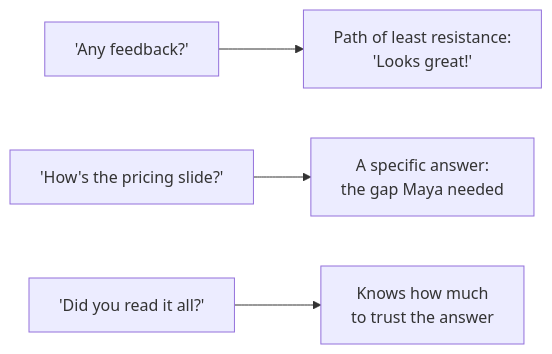
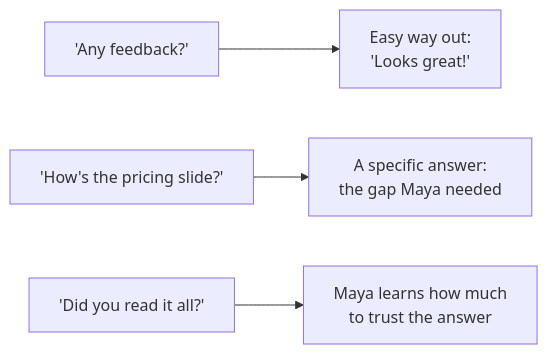
Before and after one commit to francoandreDev/knowledge: the diagram in src/content/career-craft/asking-feedback/L1-summary.mdx, drawn with Mermaid. The commit also changed other lines of this file and 3 other files, not shown here.

````diff
--- a/src/content/career-craft/asking-feedback/L1-summary.mdx
+++ b/src/content/career-craft/asking-feedback/L1-summary.mdx
@@ -81,6 +83,6 @@
 ```mermaid
 flowchart LR
-    Vague["'Any feedback?'"] --> Polite["Path of least resistance:\n'Looks great!'"]
+    Vague["'Any feedback?'"] --> Polite["Easy way out:\n'Looks great!'"]
     Narrow["'How's the pricing slide?'"] --> Real["A specific answer:\nthe gap Maya needed"]
-    Calib["'Did you read it all?'"] --> Weight["Knows how much\nto trust the answer"]
+    Calib["'Did you read it all?'"] --> Weight["Maya learns how much\nto trust the answer"]
 ```
````
